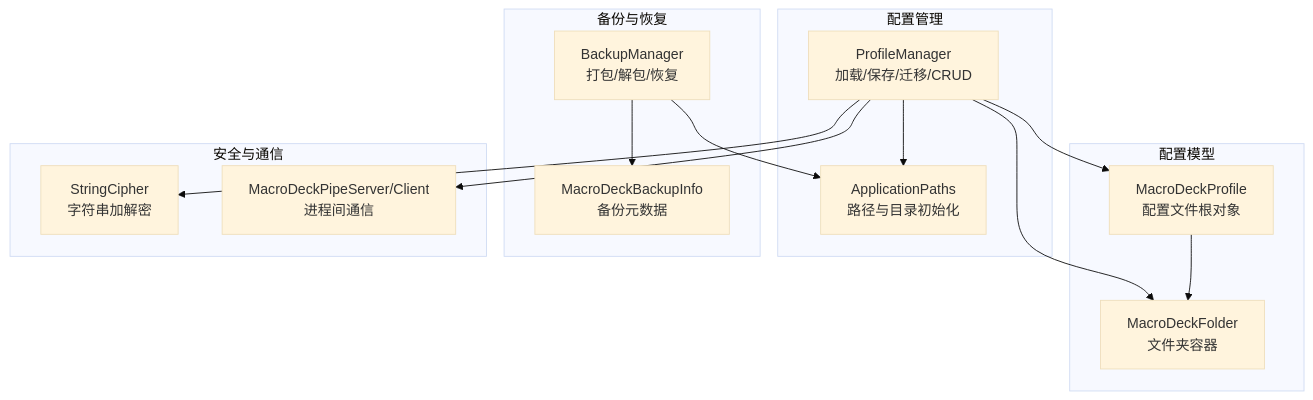
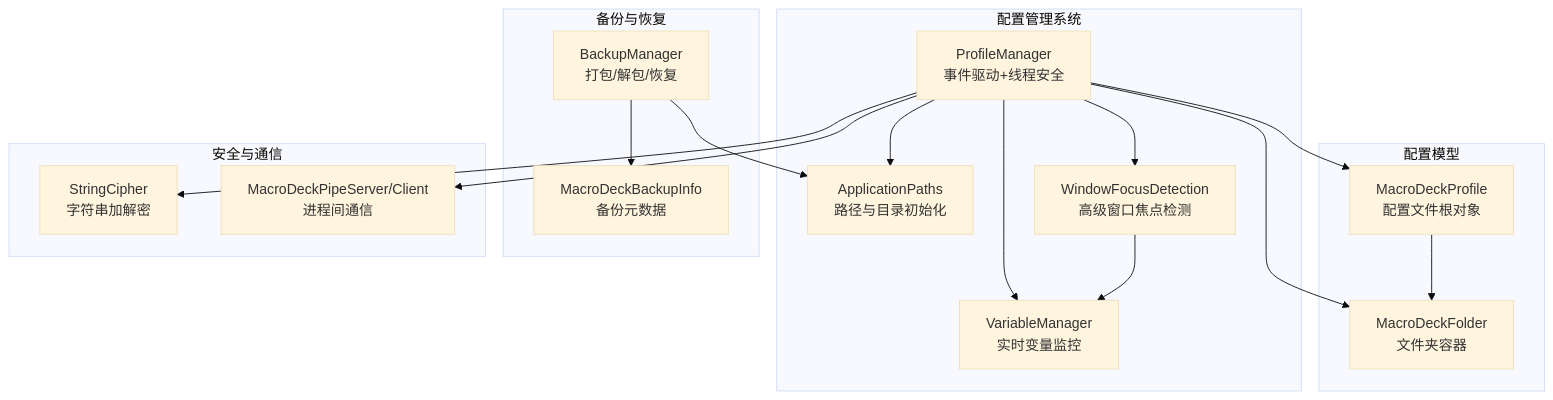
One commit to tea4go/Macro-Deck changed the first of 7 diagrams in .qoder/repowiki/zh/content/配置管理系统/配置文件管理.md. Above: the diagram before and after it, drawn with Mermaid (base theme). The commit also changed other lines of this file and 5 other files, not shown here.

````diff
--- a/.qoder/repowiki/zh/content/配置管理系统/配置文件管理.md
+++ b/.qoder/repowiki/zh/content/配置管理系统/配置文件管理.md
@@ -41,27 +55,32 @@
 ```mermaid
 graph TB
 subgraph "配置模型"
 A["MacroDeckProfile<br/>配置文件根对象"]
 B["MacroDeckFolder<br/>文件夹容器"]
 end
-subgraph "配置管理"
-C["ProfileManager<br/>加载/保存/迁移/CRUD"]
+subgraph "配置管理系统"
+C["ProfileManager<br/>事件驱动+线程安全"]
 D["ApplicationPaths<br/>路径与目录初始化"]
+E["WindowFocusDetection<br/>高级窗口焦点检测"]
+F["VariableManager<br/>实时变量监控"]
 end
 subgraph "备份与恢复"
-E["BackupManager<br/>打包/解包/恢复"]
-F["MacroDeckBackupInfo<br/>备份元数据"]
+G["BackupManager<br/>打包/解包/恢复"]
+H["MacroDeckBackupInfo<br/>备份元数据"]
 end
 subgraph "安全与通信"
-G["StringCipher<br/>字符串加解密"]
-H["MacroDeckPipeServer/Client<br/>进程间通信"]
+I["StringCipher<br/>字符串加解密"]
+J["MacroDeckPipeServer/Client<br/>进程间通信"]
 end
 A --> B
 C --> A
 C --> B
 C --> D
-E --> D
+C --> E
+C --> F
 E --> F
-C --> G
-C --> H
+G --> D
+G --> H
+C --> I
+C --> J
 ```
````
